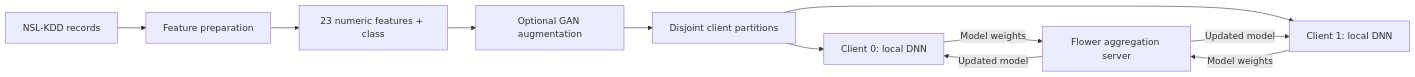
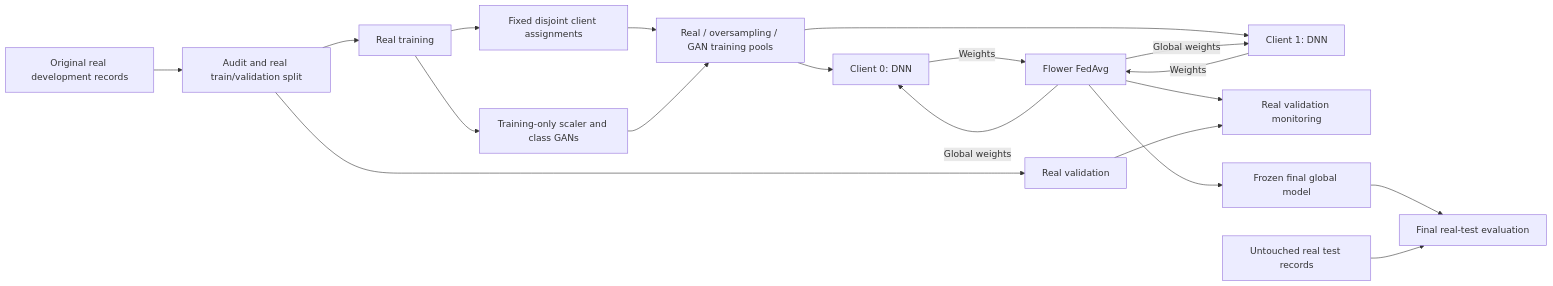
Before and after one commit to Suhail15/Federated-Learning-NIDS: the diagram in README.md, drawn with Mermaid. The commit also changed other lines of this file and 156 other files, not shown here.

Commit message:
Publish measured NSL-KDD benchmark, prediction evidence and honest comparisons

````diff
--- a/README.md
+++ b/README.md
@@ -53,13 +73,21 @@
 ```mermaid
 flowchart LR
-    A[NSL-KDD records] --> B[Feature preparation]
-    B --> C[23 numeric features + class]
-    C --> D[Optional GAN augmentation]
-    D --> E[Disjoint client partitions]
-    E --> F[Client 0: local DNN]
-    E --> G[Client 1: local DNN]
-    F -->|Model weights| H[Flower aggregation server]
-    G -->|Model weights| H
-    H -->|Updated model| F
-    H -->|Updated model| G
+    A[Original real development records] --> B[Audit and real train/validation split]
+    B --> C[Real training]
+    B --> V[Real validation]
+    C --> P[Fixed disjoint client assignments]
+    C --> G[Training-only scaler and class GANs]
+    P --> D[Real / oversampling / GAN training pools]
+    G --> D
+    D --> F[Client 0: DNN]
+    D --> J[Client 1: DNN]
+    F -->|Weights| H[Flower FedAvg]
+    J -->|Weights| H
+    H -->|Global weights| F
+    H -->|Global weights| J
+    H --> Q[Real validation monitoring]
+    V --> Q
+    H --> K[Frozen final global model]
+    K --> E[Final real-test evaluation]
+    T[Untouched real test records] --> E
 ```
````
